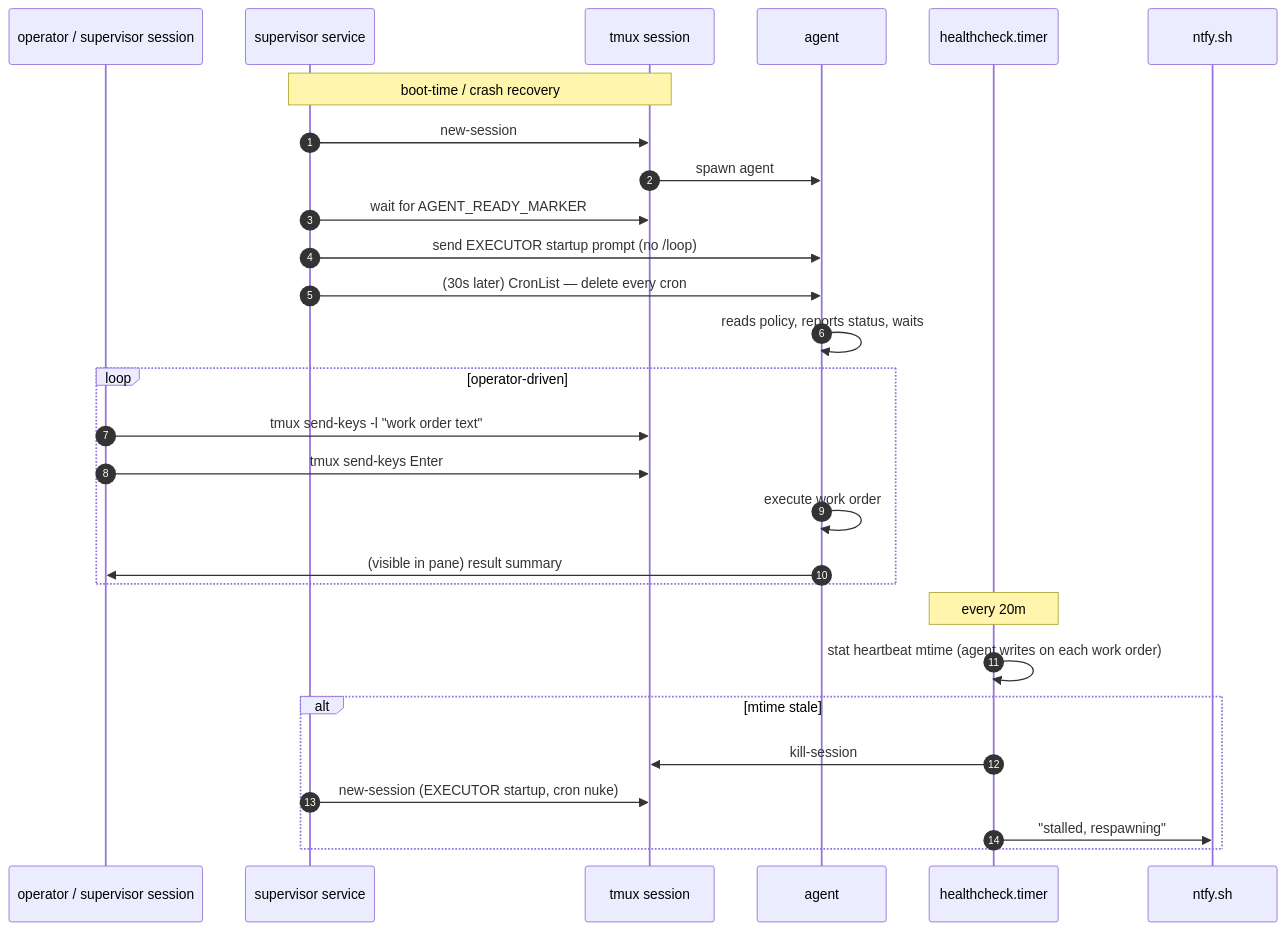
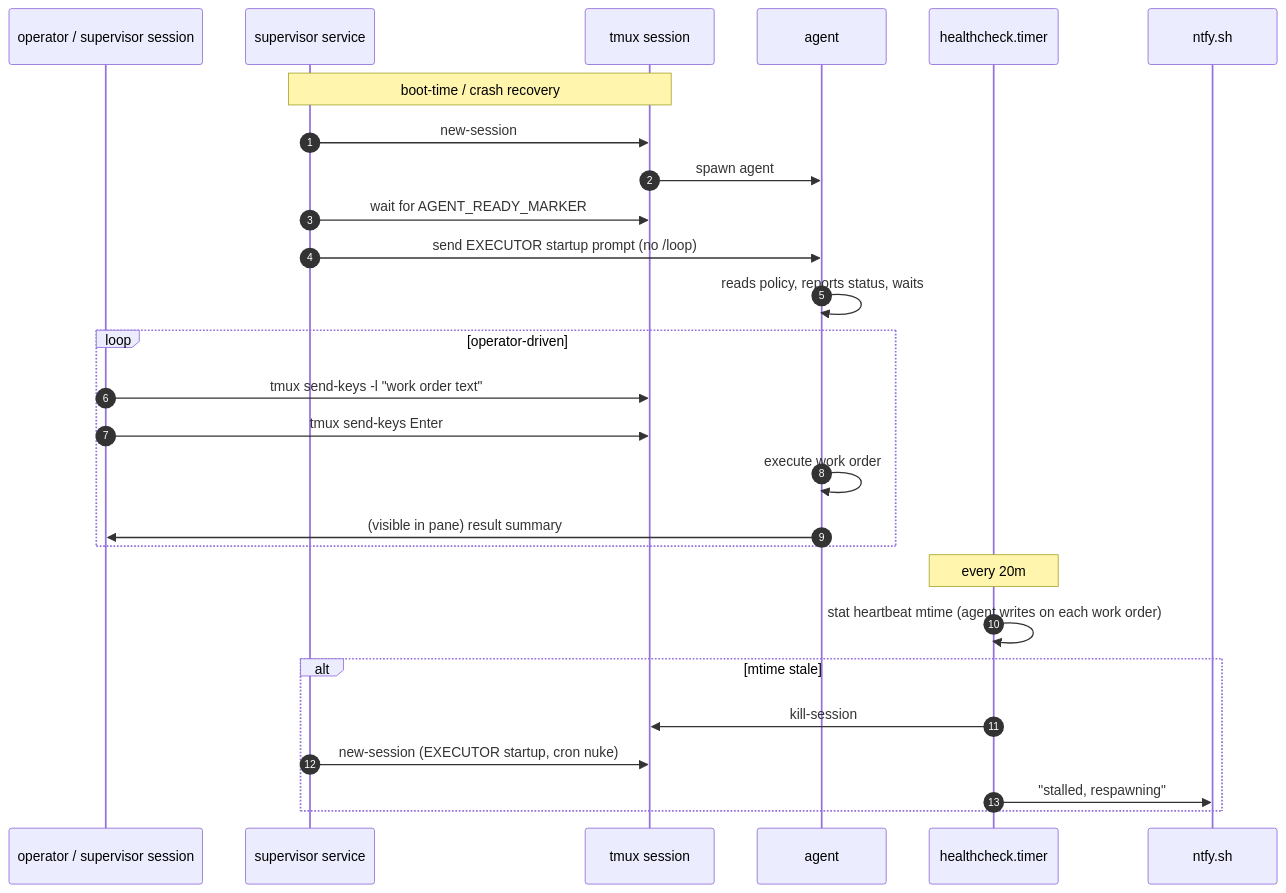
One commit to kubestellar/supervised-agent changed the second of 2 diagrams in docs/architecture.md. Above: the diagram before and after it, drawn with Mermaid. The commit also changed 1 other file, not shown here.

Commit message:
🐛 fix: remove send_cron_nuke — EXECUTOR MODE enforced by policy not by supervisor
scanner-supervisor.sh was sending 'CronList — delete every cron job you
find' to agents on every restart. This contradicts architecture.md and
supervisor-CLAUDE.md which both say the supervisor must never inspect or
delete crontabs — policy files are the enforcement mechanism.

Removed send_cron_nuke() function and its call site entirely.
Also removed the matching diagram step from architecture.md.

````diff
--- a/docs/architecture.md
+++ b/docs/architecture.md
@@ -89,33 +89,32 @@
 ```mermaid
 sequenceDiagram
     autonumber
     participant Op as operator / supervisor session
     participant S as supervisor service
     participant T as tmux session
     participant A as agent
     participant H as healthcheck.timer
     participant N as ntfy.sh
 
     Note over S,T: boot-time / crash recovery
     S->>T: new-session
     T->>A: spawn agent
     S->>T: wait for AGENT_READY_MARKER
     S->>A: send EXECUTOR startup prompt (no /loop)
-    S->>A: (30s later) CronList — delete every cron
     A->>A: reads policy, reports status, waits
 
     loop operator-driven
         Op->>T: tmux send-keys -l "work order text"
         Op->>T: tmux send-keys Enter
         A->>A: execute work order
         A->>Op: (visible in pane) result summary
     end
 
     Note over H: every 20m
     H->>H: stat heartbeat mtime (agent writes on each work order)
     alt mtime stale
         H->>T: kill-session
         S->>T: new-session (EXECUTOR startup, cron nuke)
         H->>N: "stalled, respawning"
     end
 ```
````
